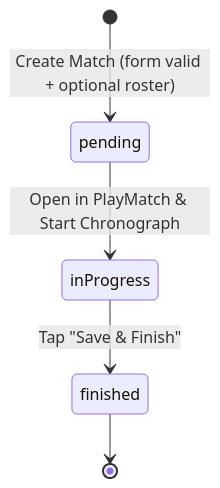
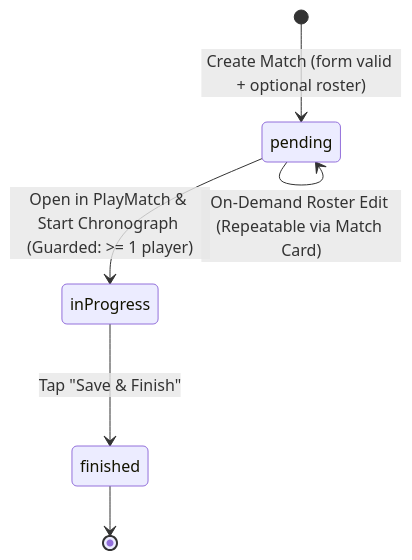
One commit to MrStegmann/bcmApp changed the diagram in specs/006-matches-and-new-match/data-model.md. Above: the diagram before and after it, drawn with Mermaid. The commit also changed other lines of this file and 18 other files, not shown here.

Commit message:
feat: implement match management and roster selection features

````diff
--- a/specs/006-matches-and-new-match/data-model.md
+++ b/specs/006-matches-and-new-match/data-model.md
@@ -51,7 +51,8 @@
 ```mermaid
 stateDiagram-v2
     [*] --> pending : Create Match (form valid + optional roster)
-    pending --> inProgress : Open in PlayMatch & Start Chronograph
+    pending --> pending : On-Demand Roster Edit (Repeatable via Match Card)
+    pending --> inProgress : Open in PlayMatch & Start Chronograph (Guarded: >= 1 player)
     inProgress --> finished : Tap "Save & Finish"
     finished --> [*]
 ```
````
